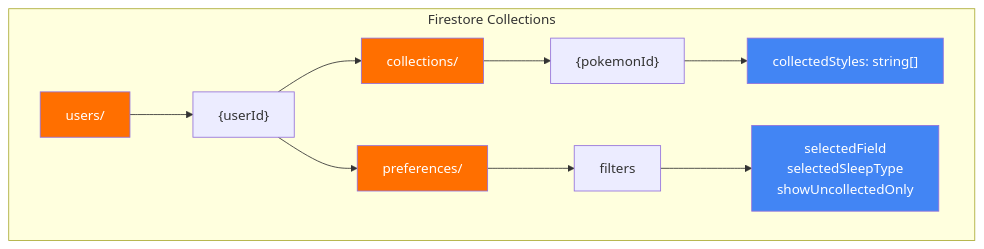
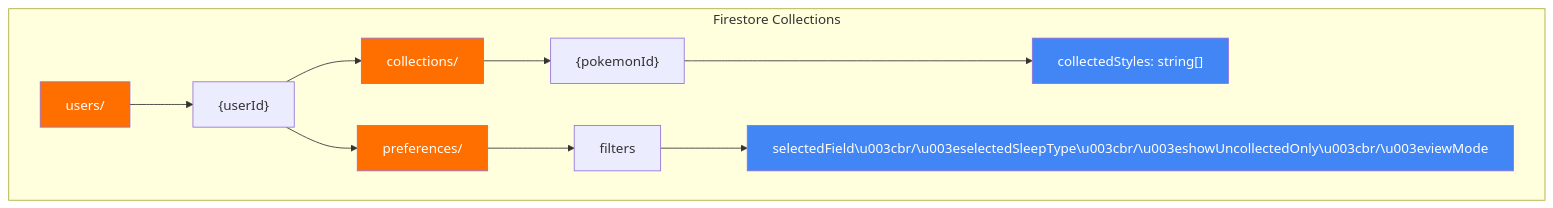
The sixth of 12 diagrams in docs/3_architecture.md (Kujo-n/pokesleepfaces), drawn with Mermaid before and after one commit. The commit also changed other lines of this file and 9 other files, not shown here.

````diff
--- a/docs/3_architecture.md
+++ b/docs/3_architecture.md
@@ -159,28 +162,28 @@
 ```mermaid
 graph TB
     subgraph "Firestore Collections"
         Users[users/]
         UserDoc["{userId}"]
         Collections[collections/]
         PokemonDoc["{pokemonId}"]
         Data["collectedStyles: string[]"]
         
         Preferences[preferences/]
         FiltersDoc["filters"]
-        FilterData["selectedField<br/>selectedSleepType<br/>showUncollectedOnly"]
+        FilterData["selectedField\u003cbr/\u003eselectedSleepType\u003cbr/\u003eshowUncollectedOnly\u003cbr/\u003eviewMode"]
     end
     
     Users --> UserDoc
     UserDoc --> Collections
     UserDoc --> Preferences
     Collections --> PokemonDoc
     PokemonDoc --> Data
     Preferences --> FiltersDoc
     FiltersDoc --> FilterData
     
     style Users fill:#ff6f00,color:#fff
     style Collections fill:#ff6f00,color:#fff
     style Data fill:#4285f4,color:#fff
     style Preferences fill:#ff6f00,color:#fff
     style FilterData fill:#4285f4,color:#fff
 ```
````
